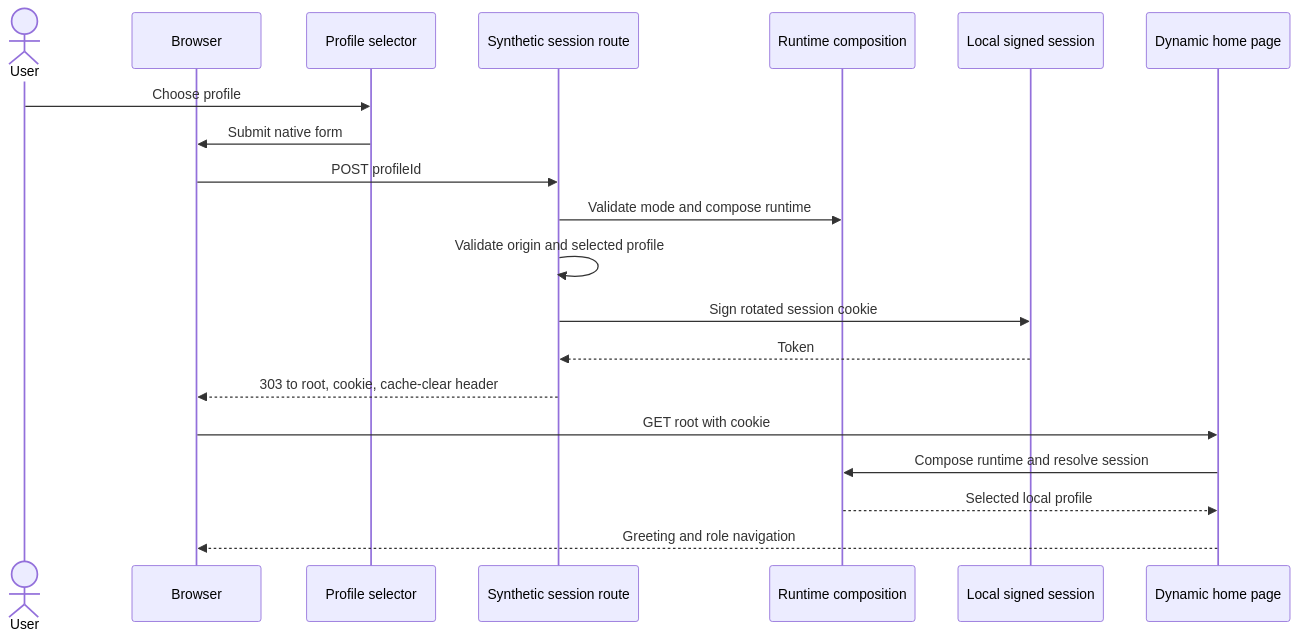
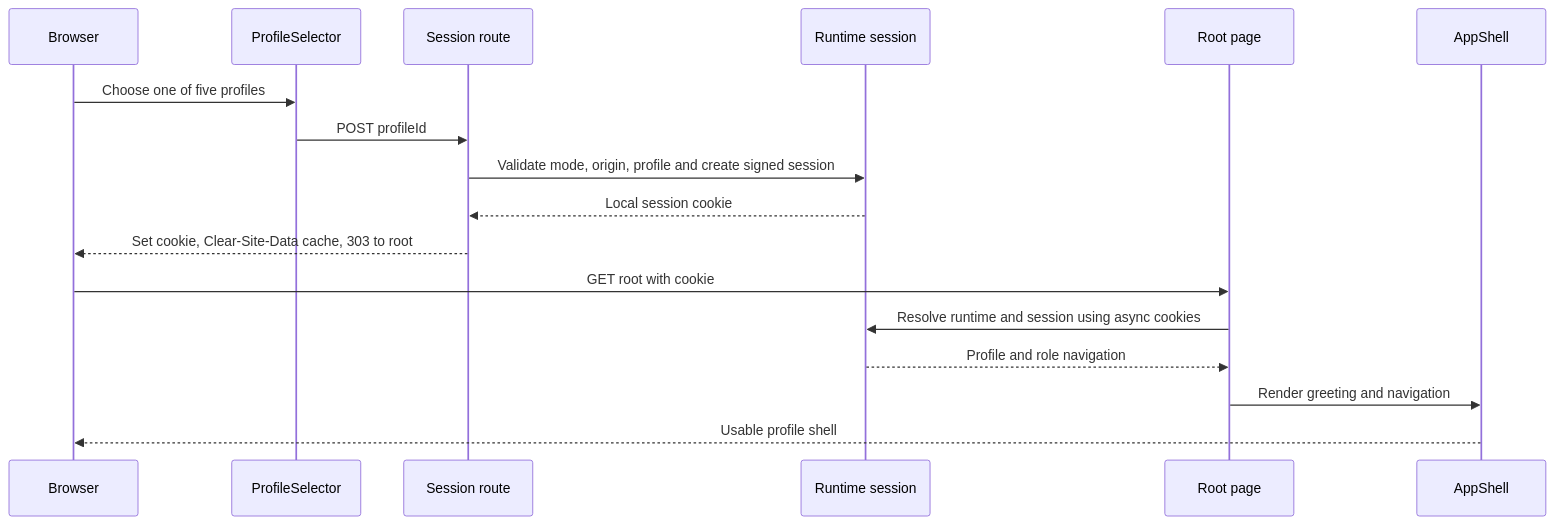
The second of 2 diagrams in aidlc/spaces/default/codekb/waldorf-community-task-manager/architecture.md (bbotond83/waldorf-community-task-manager), drawn with Mermaid before and after one commit. The commit also changed other lines of this file and 11 other files, not shown here.

````diff
--- a/aidlc/spaces/default/codekb/waldorf-community-task-manager/architecture.md
+++ b/aidlc/spaces/default/codekb/waldorf-community-task-manager/architecture.md
@@ -169,22 +57,19 @@
 ```mermaid
 sequenceDiagram
-  actor User
-  participant Browser
-  participant Selector as Profile selector
-  participant API as Synthetic session route
-  participant Runtime as Runtime composition
-  participant Session as Local signed session
-  participant Home as Dynamic home page
-  User->>Selector: Choose profile
-  Selector->>Browser: Submit native form
-  Browser->>API: POST profileId
-  API->>Runtime: Validate mode and compose runtime
-  API->>API: Validate origin and selected profile
-  API->>Session: Sign rotated session cookie
-  Session-->>API: Token
-  API-->>Browser: 303 to root, cookie, cache-clear header
-  Browser->>Home: GET root with cookie
-  Home->>Runtime: Compose runtime and resolve session
-  Runtime-->>Home: Selected local profile
-  Home-->>Browser: Greeting and role navigation
+  participant B as Browser
+  participant P as ProfileSelector
+  participant R as Session route
+  participant T as Runtime session
+  participant H as Root page
+  participant S as AppShell
+  B->>P: Choose one of five profiles
+  P->>R: POST profileId
+  R->>T: Validate mode, origin, profile and create signed session
+  T-->>R: Local session cookie
+  R-->>B: Set cookie, Clear-Site-Data cache, 303 to root
+  B->>H: GET root with cookie
+  H->>T: Resolve runtime and session using async cookies
+  T-->>H: Profile and role navigation
+  H->>S: Render greeting and navigation
+  S-->>B: Usable profile shell
 ```
````
